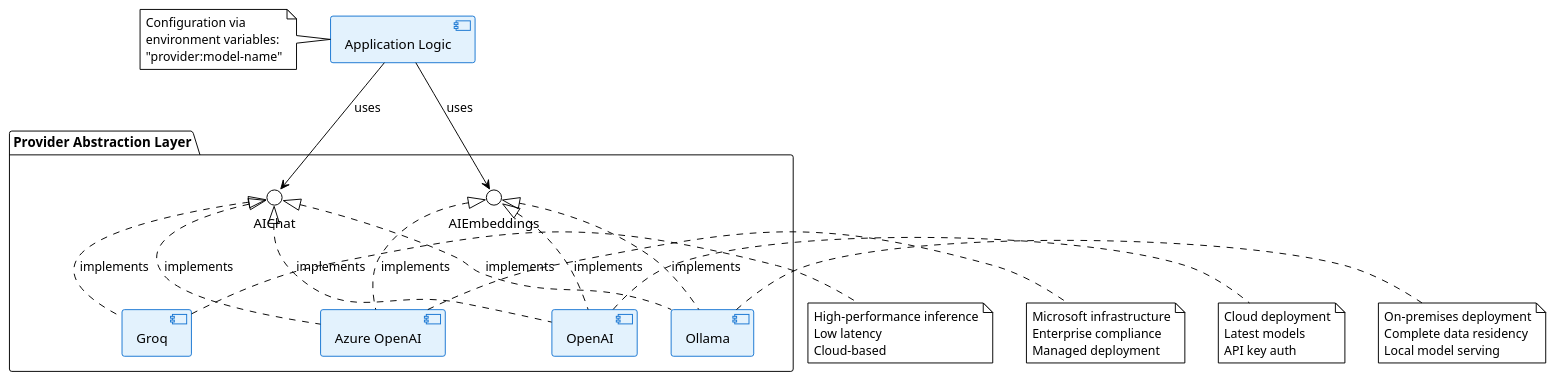
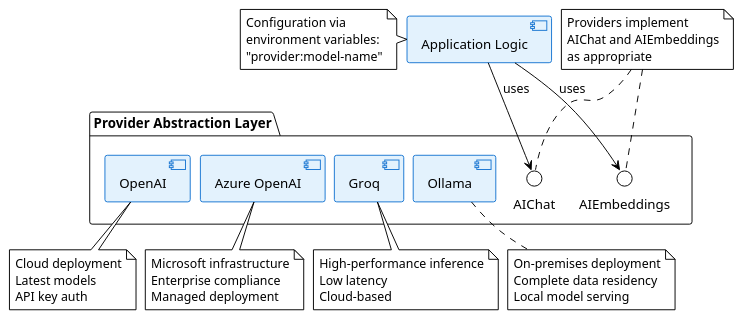
The diagram in diagrams/provider-abstraction.pu (3liasP/msc-thesis), drawn with PlantUML before and after one commit. The commit also changed 11 other files, not shown here.

Commit message:
draw: update diagrams for better rendering

```diff
--- a/diagrams/provider-abstraction.pu
+++ b/diagrams/provider-abstraction.pu
@@ -1,67 +1,69 @@
 @startuml
 !theme plain
 
 skinparam component {
     BackgroundColor #E3F2FD
     BorderColor #1976D2
 }
+skinparam nodesep 10
+skinparam ranksep 20
 
 package "Provider Abstraction Layer" {
     interface "AIChat" as chat
     
     interface "AIEmbeddings" as embeddings
     
     component "OpenAI" as openai
     
     component "Azure OpenAI" as azure
     
     component "Groq" as groq
     
     component "Ollama" as ollama
 }
 
 component "Application Logic" as app
 
 app --> chat : uses
 app --> embeddings : uses
 
-chat <|.. openai : implements
-chat <|.. azure : implements
-chat <|.. groq : implements
-chat <|.. ollama : implements
+note as N1
+    Providers implement
+    AIChat and AIEmbeddings
+    as appropriate
+end note
 
-embeddings <|.. openai : implements
-embeddings <|.. azure : implements
-embeddings <|.. ollama : implements
+N1 .. chat
+N1 .. embeddings
 
-note right of openai
+note bottom of openai
     Cloud deployment
     Latest models
     API key auth
 end note
 
-note right of azure
+note bottom of azure
     Microsoft infrastructure
     Enterprise compliance
     Managed deployment
 end note
 
-note right of groq
+note bottom of groq
     High-performance inference
     Low latency
     Cloud-based
 end note
 
-note right of ollama
+note bottom of ollama
     On-premises deployment
     Complete data residency
     Local model serving
 end note
 
 note left of app
     Configuration via
     environment variables:
     "provider:model-name"
 end note
 
 @enduml
```
